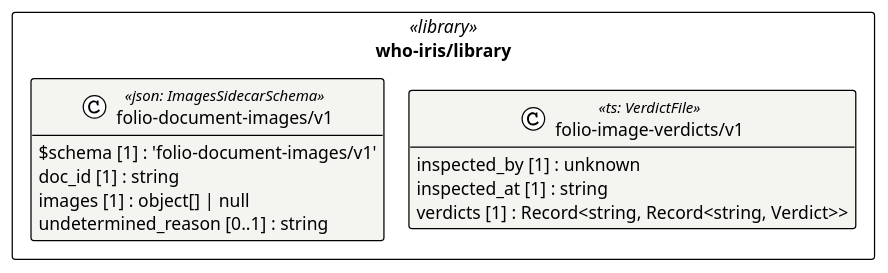
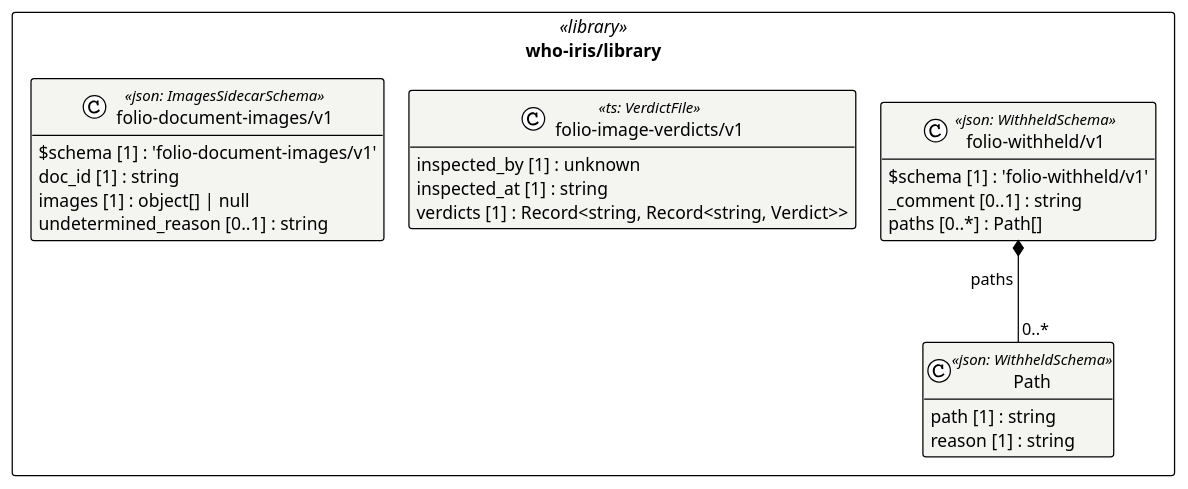
One commit to litlfred/folio-assistant changed the diagram in cat-harness/uml/overview/who-iris/library.puml. Above: the diagram before and after it, drawn with PlantUML. The commit also changed 34 other files, not shown here.

First line of the commit message:
withheld schema: declare @graphNode, regenerate glossary, UML overview and the KG export result

```diff
--- a/cat-harness/uml/overview/who-iris/library.puml
+++ b/cat-harness/uml/overview/who-iris/library.puml
@@ -3,23 +3,33 @@
 @startuml who_iris_library
 !pragma layout elk
 !theme plain
 skinparam classAttributeIconSize 0
 skinparam shadowing false
 skinparam packageStyle rectangle
 hide empty methods
 
 package "who-iris/library" as pkg_who_iris_library <<library>> {
   class "folio-document-images/v1" as who_iris_library_folio_document_images_v1_folio_document_images_v1 <<json: ImagesSidecarSchema>> #f4f4f1 {
     $schema [1] : 'folio-document-images/v1'
     doc_id [1] : string
     images [1] : object[] | null
     undetermined_reason [0..1] : string
   }
   class "folio-image-verdicts/v1" as who_iris_library_folio_image_verdicts_v1 <<ts: VerdictFile>> #f4f4f1 {
     inspected_by [1] : unknown
     inspected_at [1] : string
     verdicts [1] : Record<string, Record<string, Verdict>>
   }
+  class "Path" as who_iris_library_folio_withheld_v1_Path <<json: WithheldSchema>> #f4f4f1 {
+    path [1] : string
+    reason [1] : string
+  }
+  class "folio-withheld/v1" as who_iris_library_folio_withheld_v1_folio_withheld_v1 <<json: WithheldSchema>> #f4f4f1 {
+    $schema [1] : 'folio-withheld/v1'
+    _comment [0..1] : string
+    paths [0..*] : Path[]
+  }
 }
 
+who_iris_library_folio_withheld_v1_folio_withheld_v1 *-- "0..*" who_iris_library_folio_withheld_v1_Path : paths
 @enduml
```
